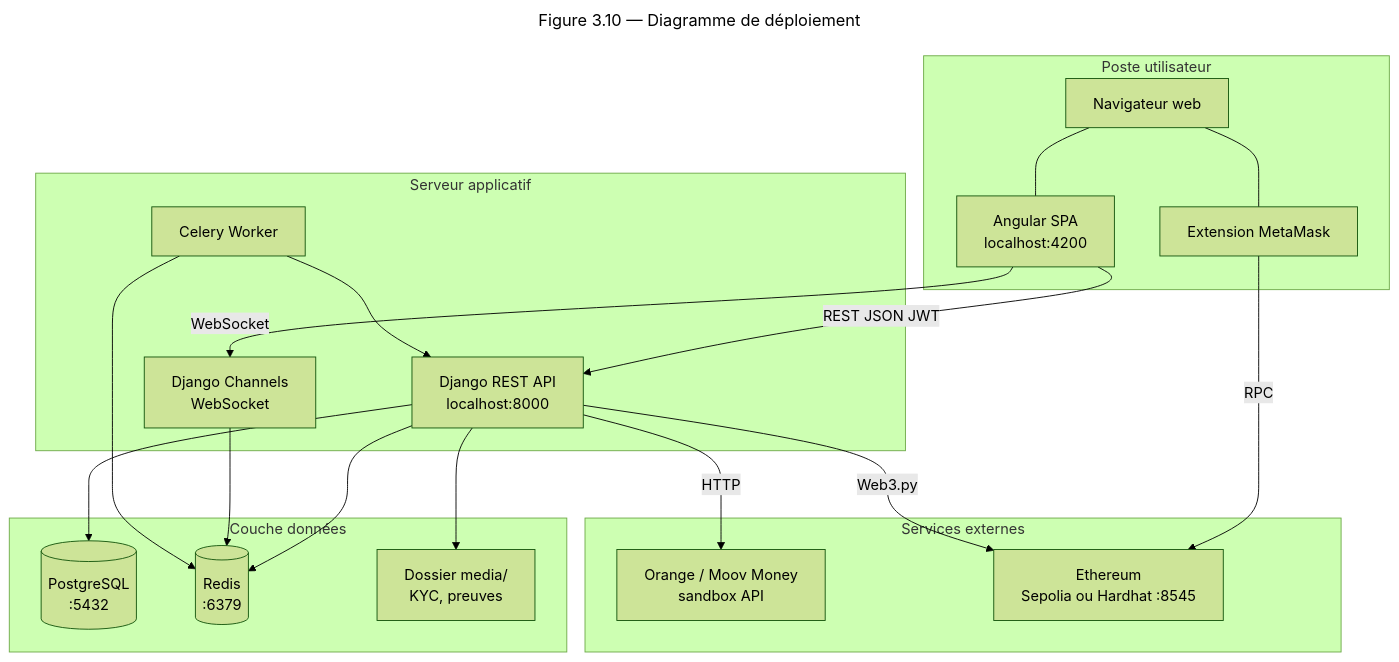
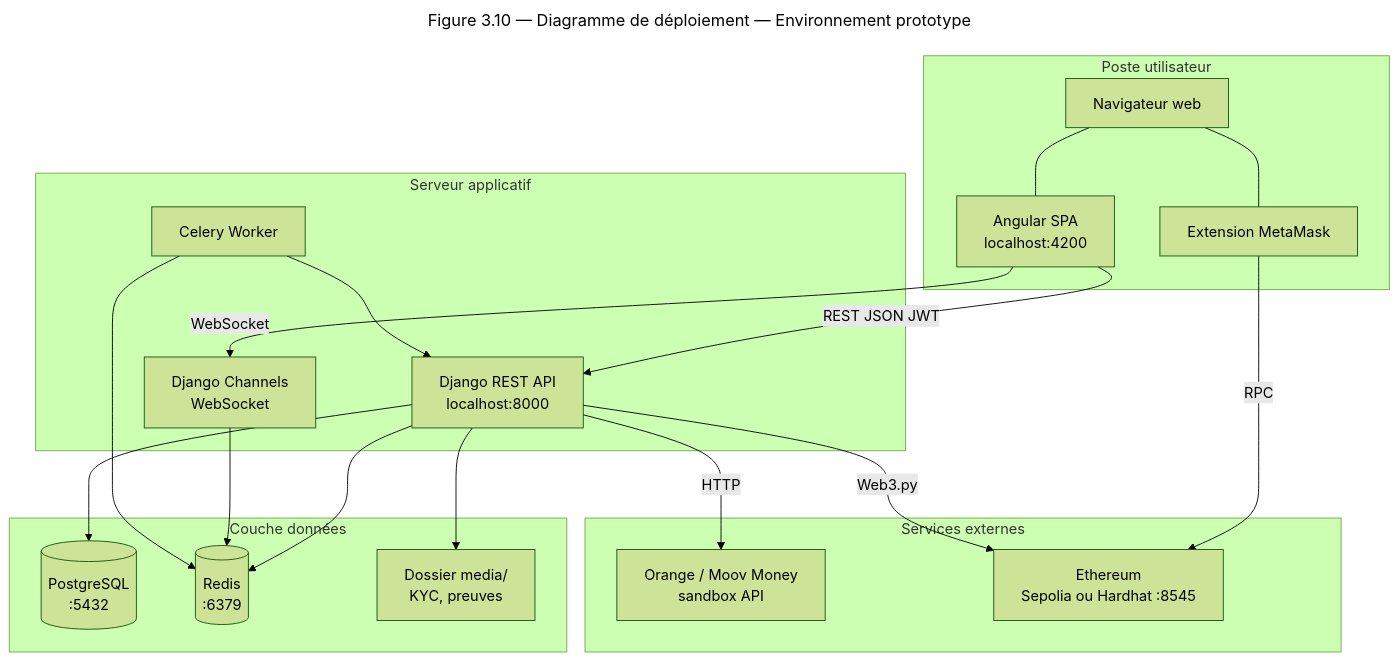
The diagram in rapport memoire/mermaid/10-deploiement.mmd (assourita/BloctaskMali), drawn with Mermaid (forest theme) before and after one commit. The commit also changed 48 other files, not shown here.

```diff
--- a/rapport memoire/mermaid/10-deploiement.mmd
+++ b/rapport memoire/mermaid/10-deploiement.mmd
@@ -1,40 +1,40 @@
 ---
-title: Figure 3.10 — Diagramme de déploiement
+title: Figure 3.10 — Diagramme de déploiement — Environnement prototype
 ---
 flowchart TB
     subgraph ClientLayer["Poste utilisateur"]
         Browser["Navigateur web"]
         SPA["Angular SPA<br/>localhost:4200"]
         MetaMask["Extension MetaMask"]
         Browser --- SPA
         Browser --- MetaMask
     end
 
     subgraph ServerLayer["Serveur applicatif"]
         Django["Django REST API<br/>localhost:8000"]
         Channels["Django Channels<br/>WebSocket"]
         Celery["Celery Worker"]
     end
 
     subgraph DataLayer["Couche données"]
         PG[("PostgreSQL<br/>:5432")]
         Redis[("Redis<br/>:6379")]
         Media["Dossier media/<br/>KYC, preuves"]
     end
 
     subgraph ExternalLayer["Services externes"]
         MM_API["Orange / Moov Money<br/>sandbox API"]
         ETH["Ethereum<br/>Sepolia ou Hardhat :8545"]
     end
 
     SPA -->|REST JSON JWT| Django
     SPA -->|WebSocket| Channels
     MetaMask -->|RPC| ETH
     Django --> PG
     Django --> Redis
     Django --> Media
     Django -->|Web3.py| ETH
     Django -->|HTTP| MM_API
     Channels --> Redis
     Celery --> Redis
     Celery --> Django
```
